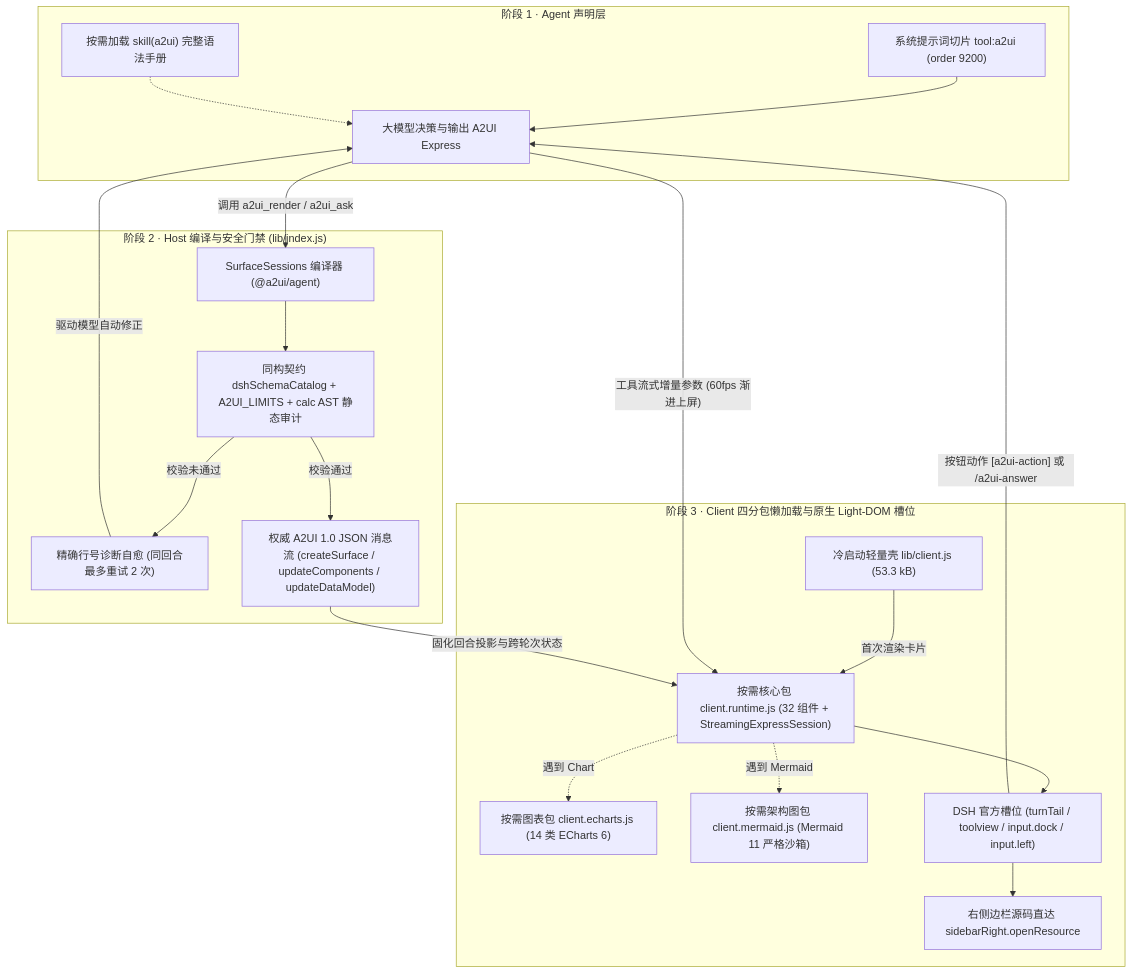
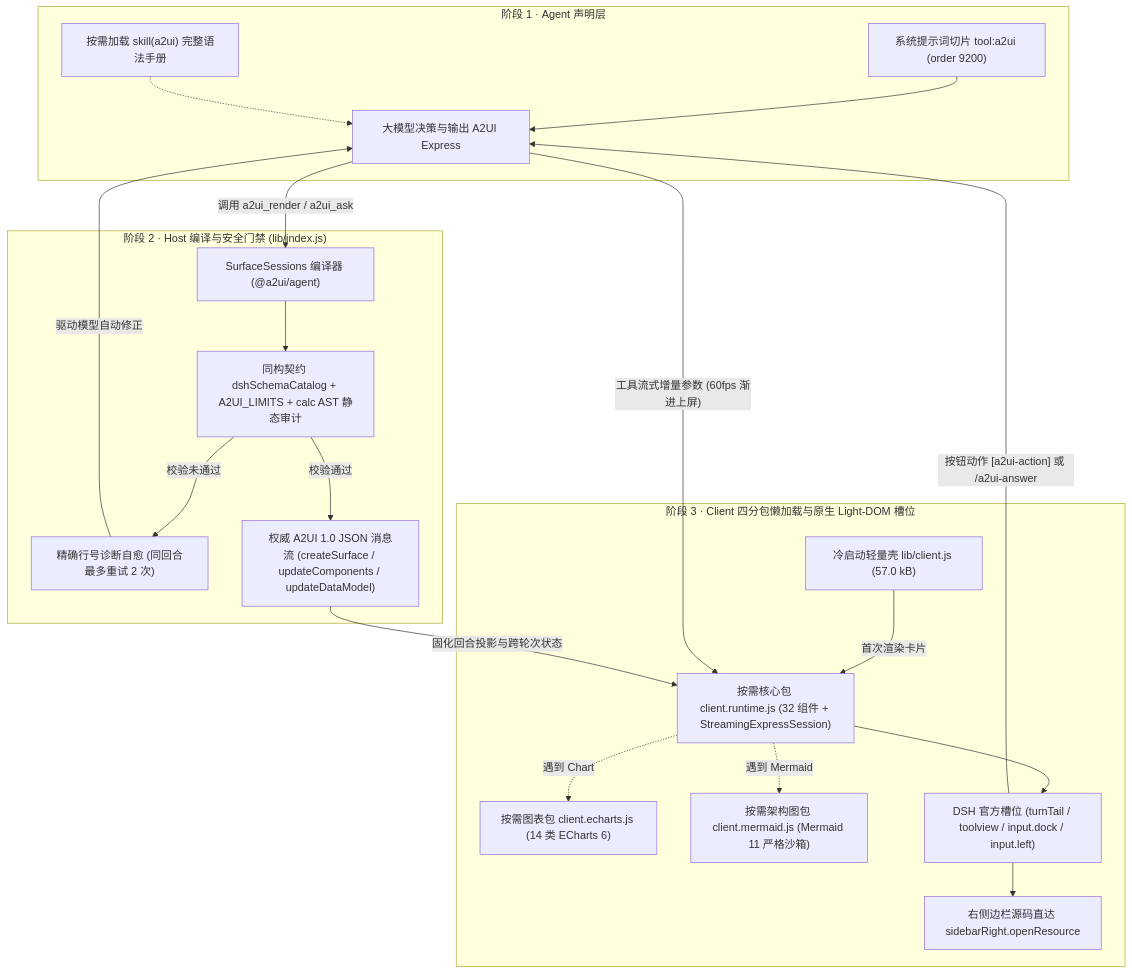
The diagram in docs/DEVELOPMENT.zh-CN.md (Geekhyt/dsh-genui-a2ui), drawn with Mermaid before and after one commit. The commit also changed other lines of this file and 31 other files, not shown here.

Commit message:
feat: release v0.1.1 with lossless Mermaid vector zoom, dynamic skill lifecycle, and UX fixes

````diff
--- a/docs/DEVELOPMENT.zh-CN.md
+++ b/docs/DEVELOPMENT.zh-CN.md
@@ -17,40 +17,40 @@
 ```mermaid
 flowchart TB
   subgraph S1["阶段 1 · Agent 声明层"]
     P["系统提示词切片 tool:a2ui (order 9200)"]
     SK["按需加载 skill(a2ui) 完整语法手册"]
     LLM["大模型决策与输出 A2UI Express"]
     P --> LLM
     SK -.-> LLM
   end
 
   subgraph S2["阶段 2 · Host 编译与安全门禁 (lib/index.js)"]
     COMP["SurfaceSessions 编译器 (@a2ui/agent)"]
     ZOD["同构契约 dshSchemaCatalog + A2UI_LIMITS + calc AST 静态审计"]
     REPAIR["精确行号诊断自愈 (同回合最多重试 2 次)"]
     WIRE["权威 A2UI 1.0 JSON 消息流 (createSurface / updateComponents / updateDataModel)"]
     COMP --> ZOD
     ZOD -->|"校验未通过"| REPAIR
     REPAIR -->|"驱动模型自动修正"| LLM
     ZOD -->|"校验通过"| WIRE
   end
 
   subgraph S3["阶段 3 · Client 四分包懒加载与原生 Light-DOM 槽位"]
-    SHELL["冷启动轻量壳 lib/client.js (53.3 kB)"]
+    SHELL["冷启动轻量壳 lib/client.js (57.0 kB)"]
     RT["按需核心包 client.runtime.js (32 组件 + StreamingExpressSession)"]
     EC["按需图表包 client.echarts.js (14 类 ECharts 6)"]
     MM["按需架构图包 client.mermaid.js (Mermaid 11 严格沙箱)"]
     SLOTS["DSH 官方槽位 (turnTail / toolview / input.dock / input.left)"]
     SIDE["右侧边栏源码直达 sidebarRight.openResource"]
     SHELL -->|"首次渲染卡片"| RT
     RT -.->|"遇到 Chart"| EC
     RT -.->|"遇到 Mermaid"| MM
     RT --> SLOTS
     SLOTS --> SIDE
   end
 
   LLM -->|"工具流式增量参数 (60fps 渐进上屏)"| RT
   LLM -->|"调用 a2ui_render / a2ui_ask"| COMP
   WIRE -->|"固化回合投影与跨轮次状态"| RT
   SLOTS -->|"按钮动作 [a2ui-action] 或 /a2ui-answer"| LLM
 ```
````
